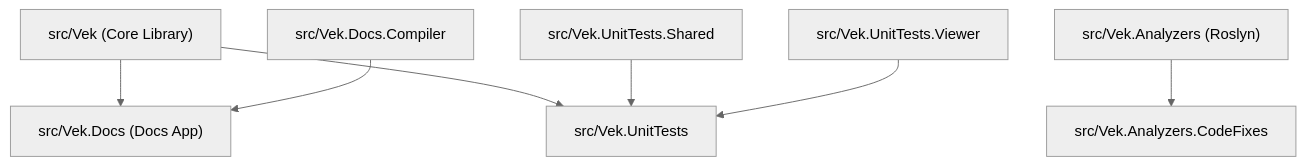
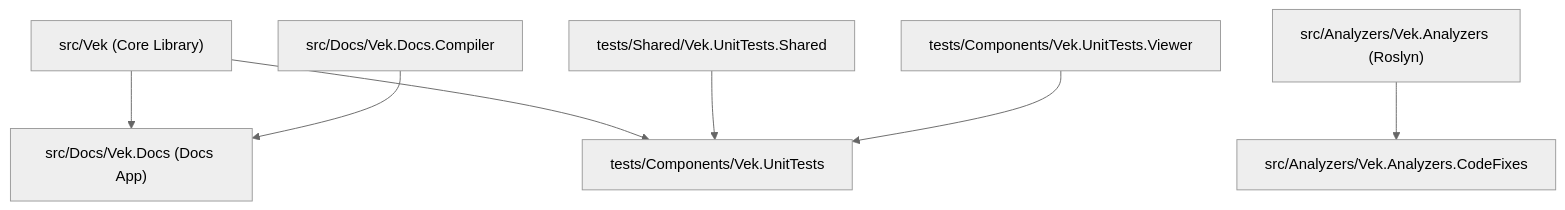
One commit to madiseh/Vek changed the diagram in docs/governance/architecture.md. Above: the diagram before and after it, drawn with Mermaid (neutral theme). The commit also changed other lines of this file and 2630 other files, not shown here.

````diff
--- a/docs/governance/architecture.md
+++ b/docs/governance/architecture.md
@@ -40,18 +51,18 @@
 ```mermaid
 graph TD
     Vek["src/Vek (Core Library)"]
-    VekAnalyzers["src/Vek.Analyzers (Roslyn)"]
-    VekCodeFixes["src/Vek.Analyzers.CodeFixes"]
-    VekDocs["src/Vek.Docs (Docs App)"]
-    VekCompiler["src/Vek.Docs.Compiler"]
-    VekUnitTests["src/Vek.UnitTests"]
-    VekViewer["src/Vek.UnitTests.Viewer"]
-    VekShared["src/Vek.UnitTests.Shared"]
+    VekAnalyzers["src/Analyzers/Vek.Analyzers (Roslyn)"]
+    VekCodeFixes["src/Analyzers/Vek.Analyzers.CodeFixes"]
+    VekDocs["src/Docs/Vek.Docs (Docs App)"]
+    VekCompiler["src/Docs/Vek.Docs.Compiler"]
+    VekUnitTests["tests/Components/Vek.UnitTests"]
+    VekViewer["tests/Components/Vek.UnitTests.Viewer"]
+    VekShared["tests/Shared/Vek.UnitTests.Shared"]
 
     VekAnalyzers --> VekCodeFixes
     Vek --> VekDocs
     VekCompiler --> VekDocs
     Vek --> VekUnitTests
     VekShared --> VekUnitTests
     VekViewer --> VekUnitTests
 ```
````
